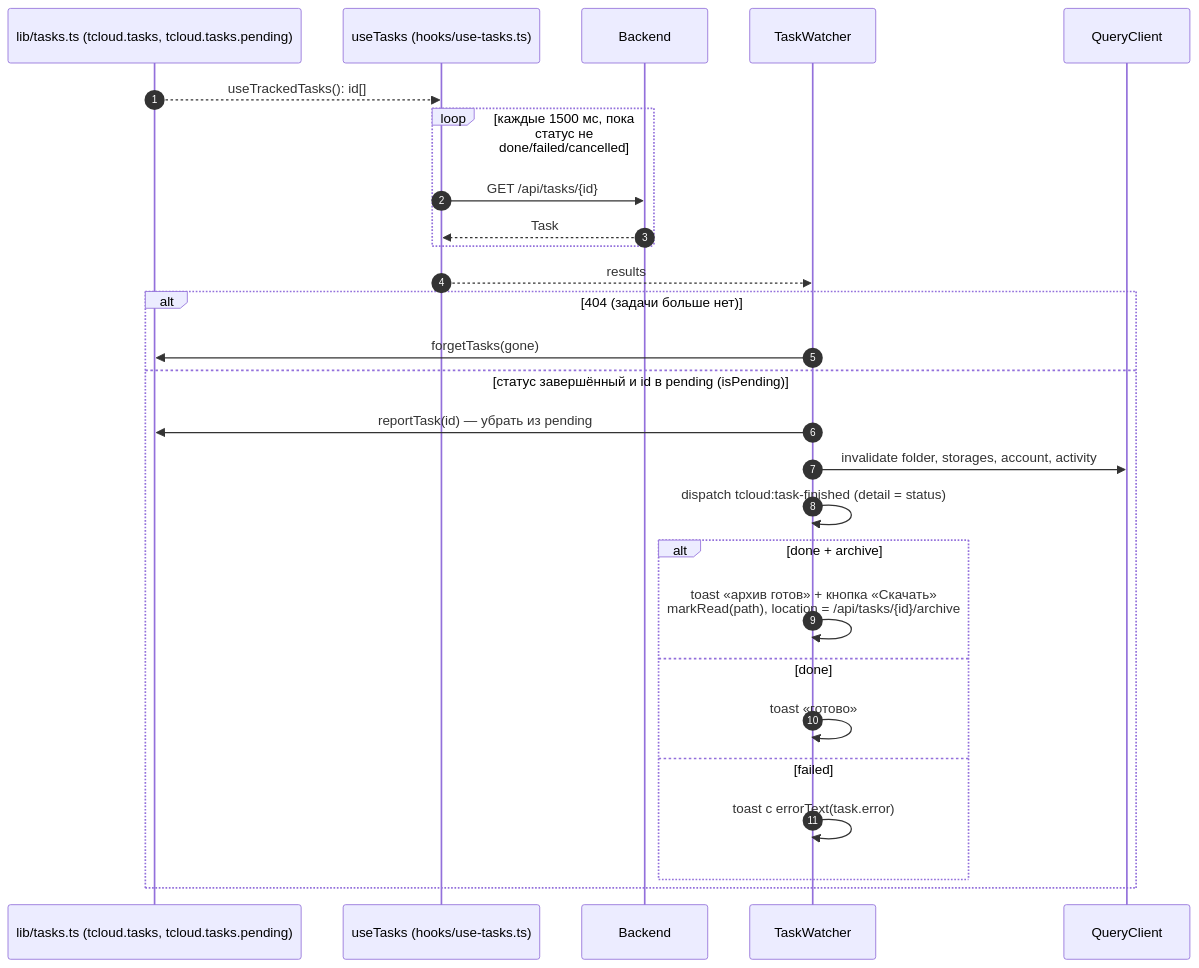
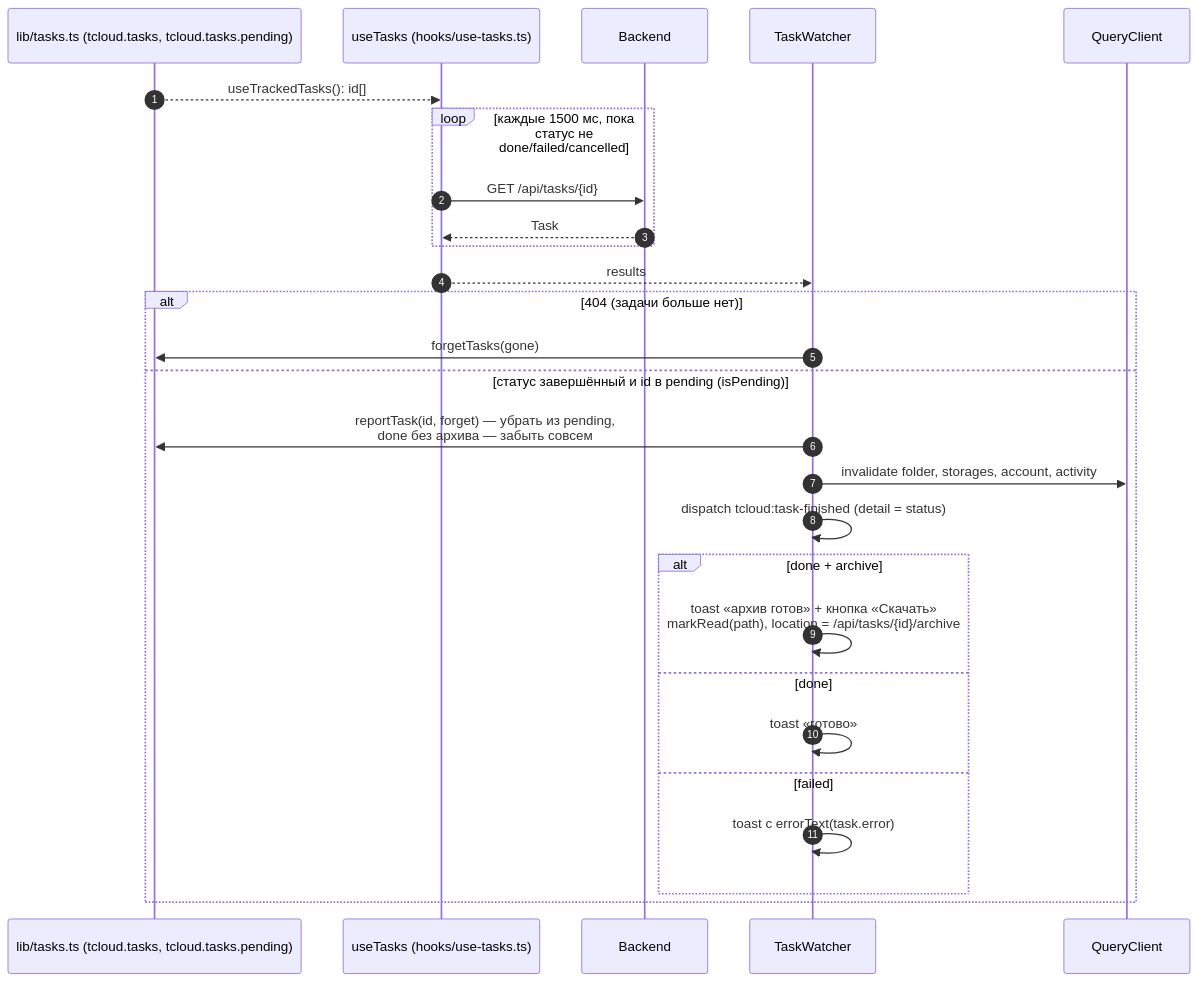
The third of 5 diagrams in docs/uploads-and-tasks.md (NikitkaZXC/tcloud-frontend), drawn with Mermaid before and after one commit. The commit also changed other lines of this file and 5 other files, not shown here.

Commit message:
perf: forget reported done tasks, cap tracked tasks, keep finished ones fresh

````diff
--- a/docs/uploads-and-tasks.md
+++ b/docs/uploads-and-tasks.md
@@ -77,29 +77,29 @@
 ```mermaid
 sequenceDiagram
     autonumber
     participant T as lib/tasks.ts (tcloud.tasks, tcloud.tasks.pending)
     participant Q as useTasks (hooks/use-tasks.ts)
     participant B as Backend
     participant W as TaskWatcher
     participant C as QueryClient
     T-->>Q: useTrackedTasks(): id[]
     loop каждые 1500 мс, пока статус не done/failed/cancelled
         Q->>B: GET /api/tasks/{id}
         B-->>Q: Task
     end
     Q-->>W: results
     alt 404 (задачи больше нет)
         W->>T: forgetTasks(gone)
     else статус завершённый и id в pending (isPending)
-        W->>T: reportTask(id) — убрать из pending
+        W->>T: reportTask(id, forget) — убрать из pending,<br/>done без архива — забыть совсем
         W->>C: invalidate folder, storages, account, activity
         W->>W: dispatch tcloud:task-finished (detail = status)
         alt done + archive
             W->>W: toast «архив готов» + кнопка «Скачать»<br/>markRead(path), location = /api/tasks/{id}/archive
         else done
             W->>W: toast «готово»
         else failed
             W->>W: toast с errorText(task.error)
         end
     end
 ```
````
